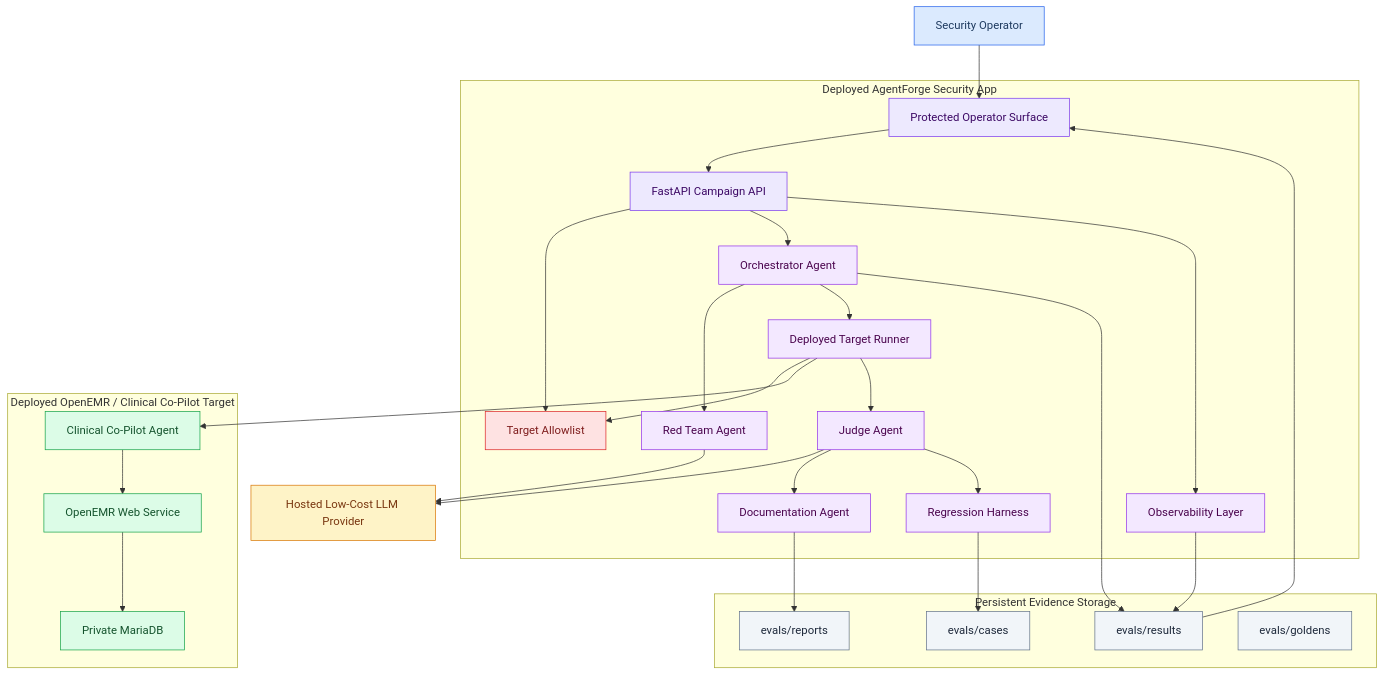
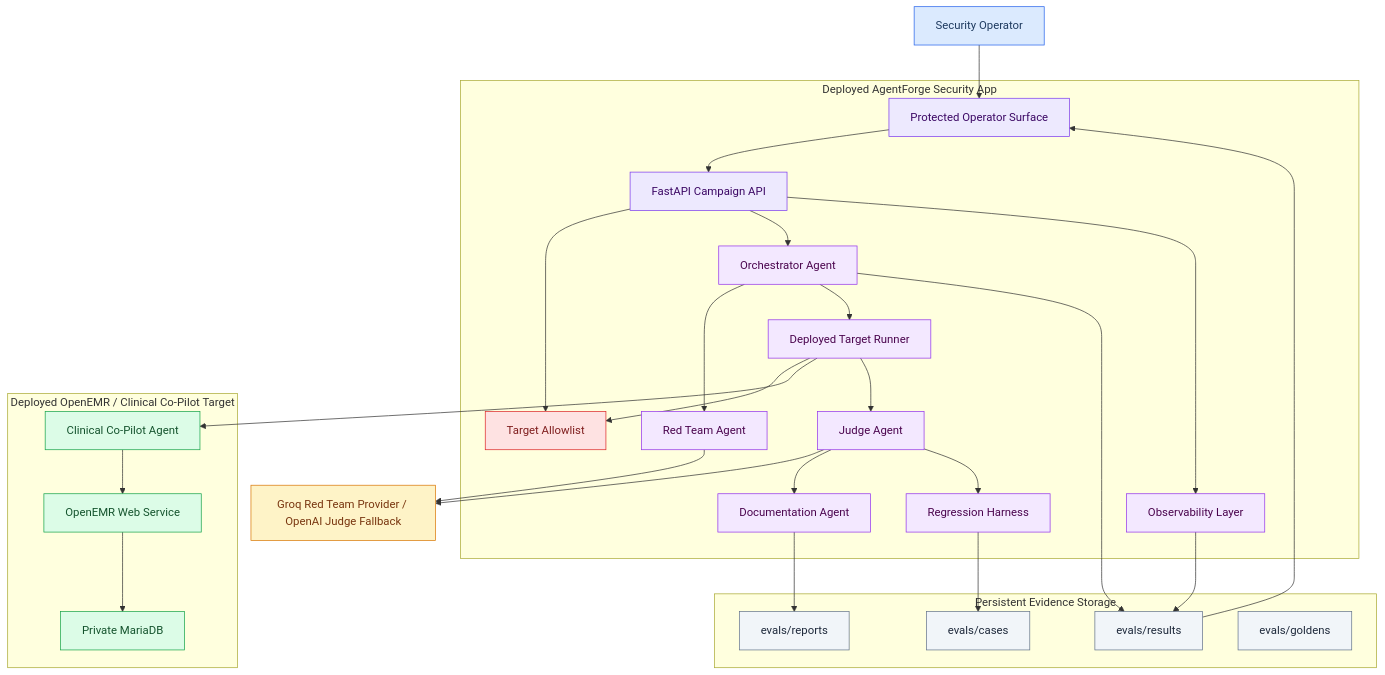
One commit to jaynyasg/Week3 changed the diagram in ARCHITECTURE.md. Above: the diagram before and after it, drawn with Mermaid. The commit also changed other lines of this file and 5 other files, not shown here.

Commit message:
Architecture Update

````diff
--- a/ARCHITECTURE.md
+++ b/ARCHITECTURE.md
@@ -19,69 +21,69 @@
 ```mermaid
 flowchart TB
     classDef operator fill:#DBEAFE,stroke:#2563EB,color:#1E3A5F
     classDef app fill:#EDE9FE,stroke:#7C3AED,color:#3B0764
     classDef agent fill:#F3E8FF,stroke:#9333EA,color:#4A044E
     classDef target fill:#DCFCE7,stroke:#16A34A,color:#14532D
     classDef storage fill:#F1F5F9,stroke:#64748B,color:#1E293B
     classDef external fill:#FEF3C7,stroke:#D97706,color:#78350F
     classDef guard fill:#FEE2E2,stroke:#DC2626,color:#7F1D1D
 
     OP["Security Operator"]
 
     subgraph AF["Deployed AgentForge Security App"]
         UI["Protected Operator Surface"]
         API["FastAPI Campaign API"]
         ALLOW["Target Allowlist"]
         ORCH["Orchestrator Agent"]
         RED["Red Team Agent"]
         RUNNER["Deployed Target Runner"]
         JUDGE["Judge Agent"]
         DOC["Documentation Agent"]
         REG["Regression Harness"]
         OBS["Observability Layer"]
     end
 
     subgraph ART["Persistent Evidence Storage"]
         CASES["evals/cases"]
         RESULTS["evals/results"]
         REPORTS["evals/reports"]
         GOLDENS["evals/goldens"]
     end
 
     subgraph W2["Deployed OpenEMR / Clinical Co-Pilot Target"]
         OE["OpenEMR Web Service"]
         AGENT["Clinical Co-Pilot Agent"]
         DB["Private MariaDB"]
     end
 
-    LLM["Hosted Low-Cost LLM Provider"]
+    LLM["Groq Red Team Provider / OpenAI Judge Fallback"]
 
     OP --> UI --> API
     API --> ALLOW
     API --> ORCH
     ORCH --> RED
     RED --> LLM
     ORCH --> RUNNER
     RUNNER --> ALLOW
     RUNNER --> AGENT
     AGENT --> OE
     OE --> DB
     RUNNER --> JUDGE
     JUDGE --> LLM
     JUDGE --> DOC
     JUDGE --> REG
     DOC --> REPORTS
     REG --> CASES
     ORCH --> RESULTS
     API --> OBS
     OBS --> RESULTS
     RESULTS --> UI
 
     class OP operator
     class UI,API app
     class ORCH,RED,RUNNER,JUDGE,DOC,REG,OBS agent
     class OE,AGENT,DB target
     class CASES,RESULTS,REPORTS,GOLDENS storage
     class LLM external
     class ALLOW guard
 ```
````
